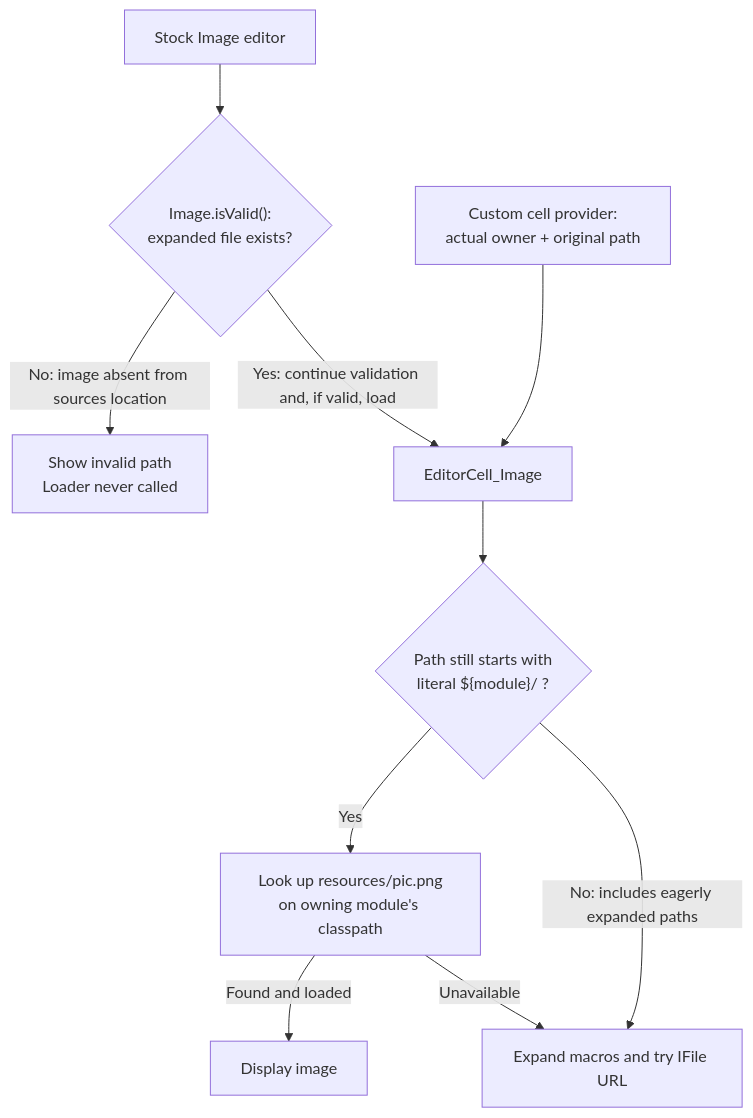
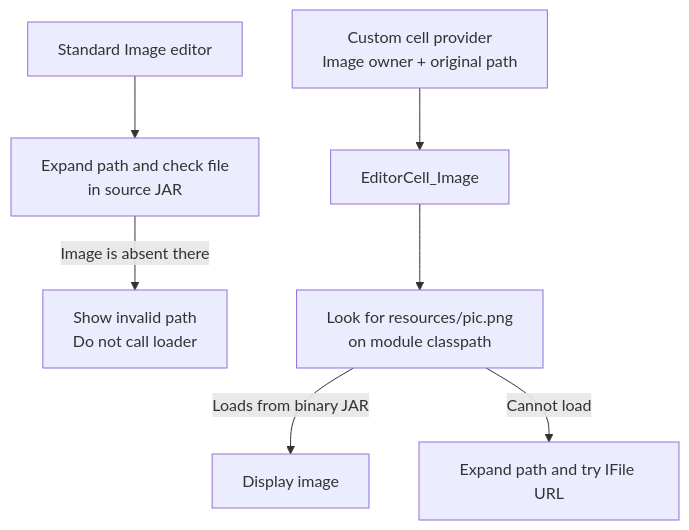
Before and after one commit to specificlanguages/mps-api-research: the diagram in docs/module-images.md, drawn with Mermaid. The commit also changed other lines of this file, not shown here.

Commit message:
module-images: Asked Astra to simplify the writing

````diff
--- a/docs/module-images.md
+++ b/docs/module-images.md
@@ -146,12 +78,9 @@
 ```mermaid
 flowchart TD
-    stock["Stock Image editor"] --> validator{"Image.isValid():<br/>expanded file exists?"}
-    validator -->|"No: image absent from sources location"| invalid["Show invalid path<br/>Loader never called"]
-    validator -->|"Yes: continue validation and, if valid, load"| loader
-    custom["Custom cell provider:<br/>actual owner + original path"] --> loader["EditorCell_Image"]
-    loader --> macro{"Path still starts with<br/>literal ${module}/ ?"}
-    macro -->|Yes| resource["Look up resources/pic.png<br/>on owning module's classpath"]
-    resource -->|Found and loaded| render["Display image"]
-    resource -->|Unavailable| fallback["Expand macros and try IFile URL"]
-    macro -->|"No: includes eagerly expanded paths"| fallback
+    stock["Standard Image editor"] --> check["Expand path and check file<br/>in source JAR"]
+    check -->|"Image is absent there"| stop["Show invalid path<br/>Do not call loader"]
+    custom["Custom cell provider<br/>Image owner + original path"] --> loader["EditorCell_Image"]
+    loader --> resource["Look for resources/pic.png<br/>on module classpath"]
+    resource -->|"Loads from binary JAR"| display["Display image"]
+    resource -->|"Cannot load"| fallback["Expand path and try IFile URL"]
 ```
````
